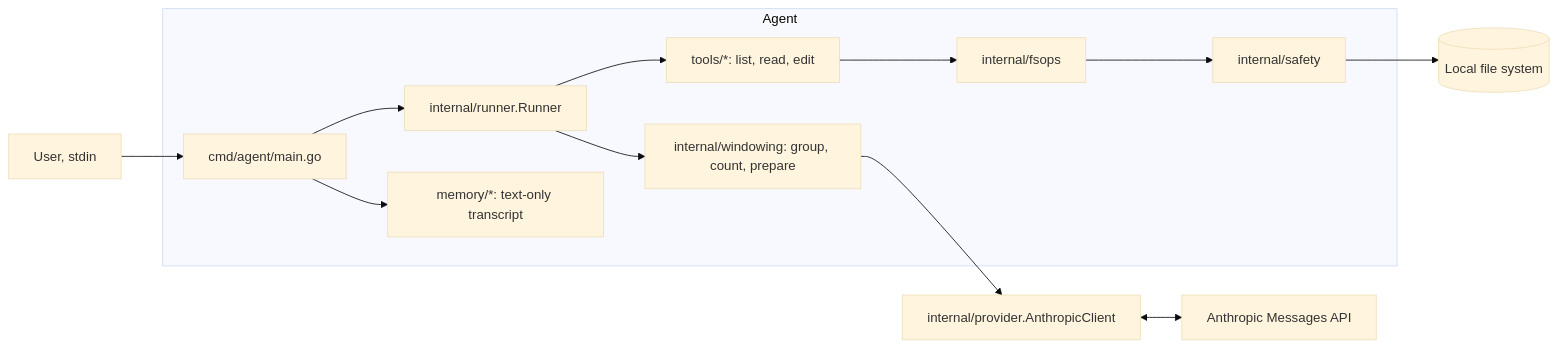
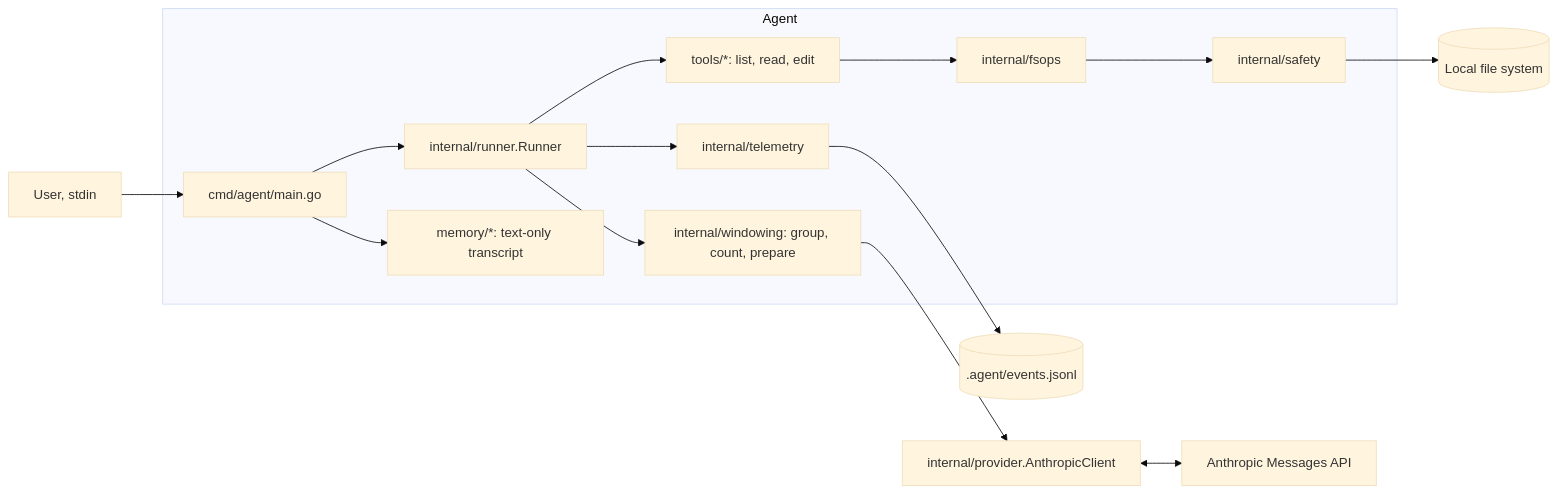
The diagram in README.md (petasbytes/go-agent), drawn with Mermaid (base theme) before and after one commit. The commit also changed other lines of this file, not shown here.

````diff
--- a/README.md
+++ b/README.md
@@ -126,15 +139,17 @@
 ```mermaid
 flowchart LR
   U[User, stdin] --> CLI[cmd/agent/main.go]
   subgraph Agent
     CLI --> RUN[internal/runner.Runner]
     RUN --> WIN[internal/windowing: group, count, prepare]
     RUN --> TOOLS[tools/*: list, read, edit]
+    RUN --> TEL[internal/telemetry]
     TOOLS --> FSOPS[internal/fsops]
     FSOPS --> SAFETY[internal/safety]
     CLI --> MEM[memory/*: text-only transcript]
   end
   WIN --> PROV[internal/provider.AnthropicClient]
   PROV <--> API[Anthropic Messages API]
   SAFETY --> FS[(Local file system)]
+  TEL --> EVE[(.agent/events.jsonl)]
 ```
````
